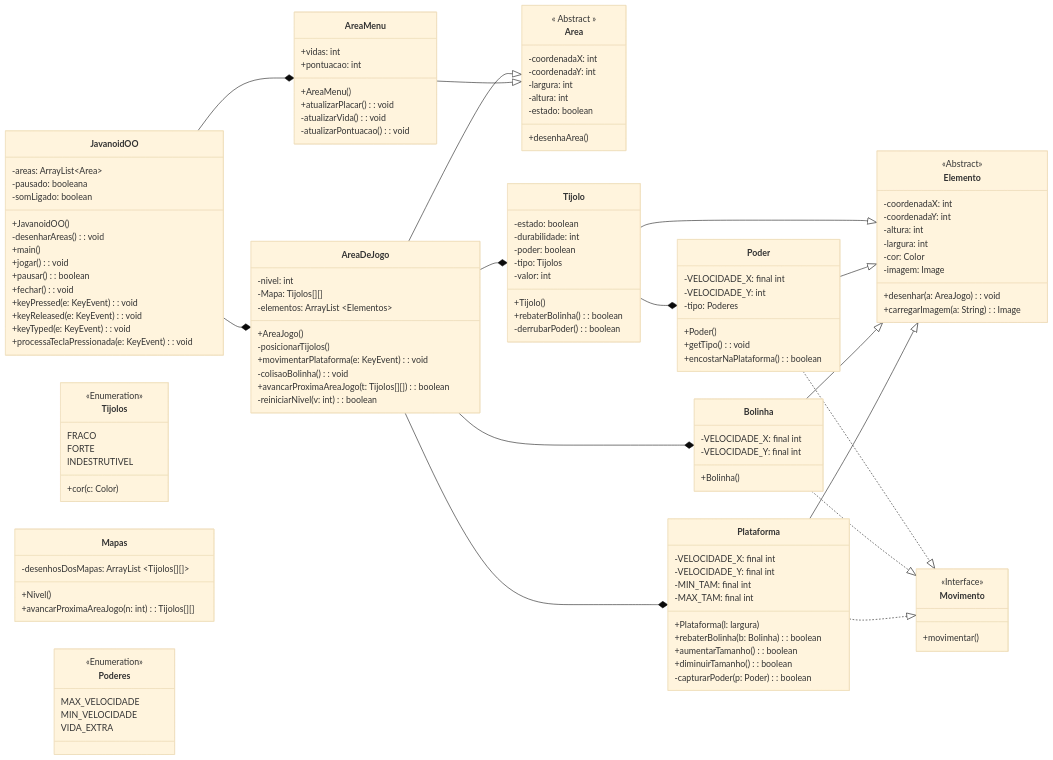
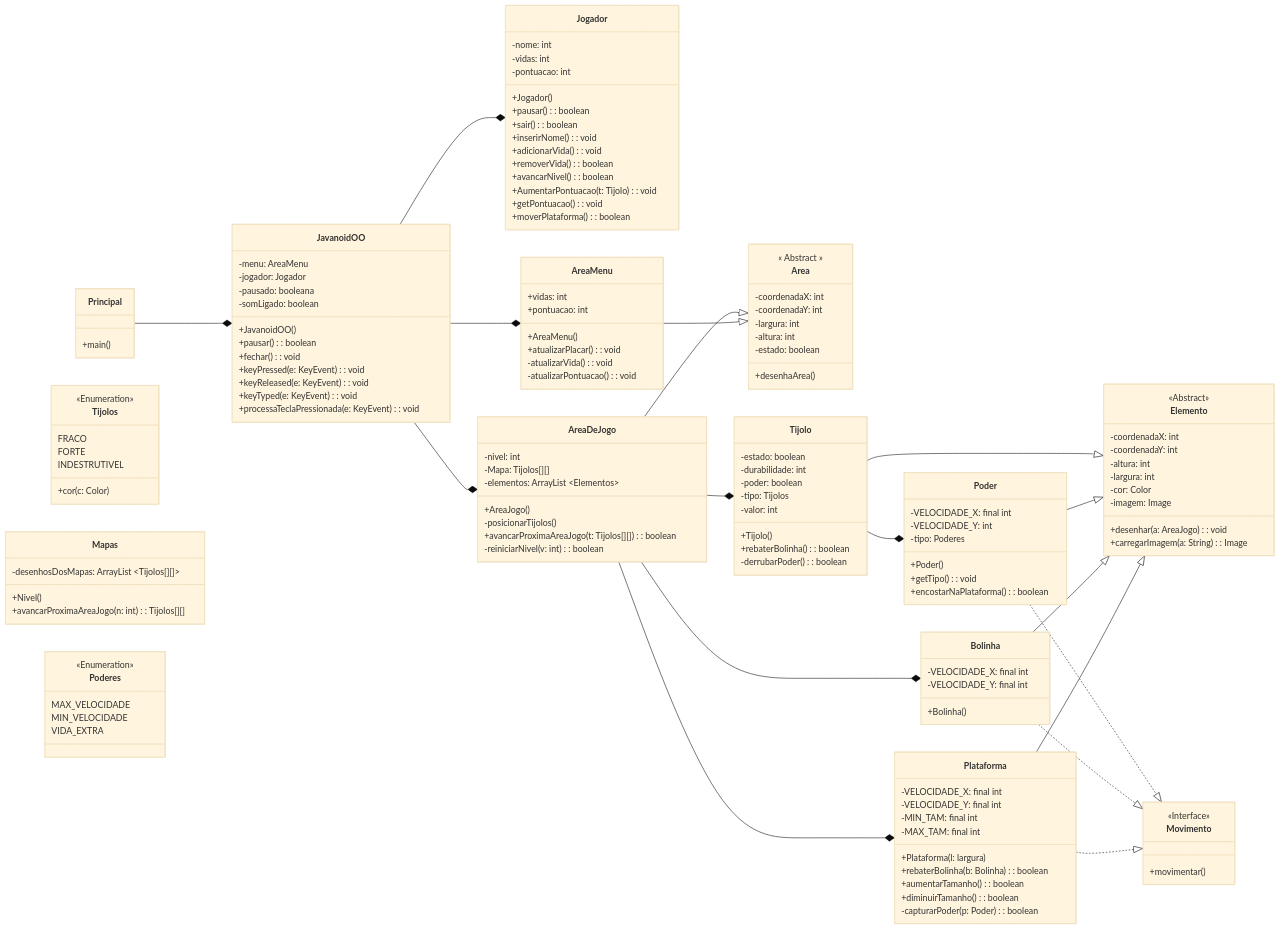
Before and after one commit to luizakuze/POO: the diagram in proj-02/diagrama3.md, drawn with Mermaid (base theme).

Commit message:
aaaaaaaaaaaaaaaaaaaa

````diff
--- a/proj-02/diagrama3.md
+++ b/proj-02/diagrama3.md
@@ -2,15 +2,32 @@
 classDiagram
     direction LR
 
+    class Principal {
+        +main()
+    }
+
+    class Jogador {
+        -nome: int
+        -vidas: int
+        -pontuacao: int
+        +Jogador()
+        +pausar() : boolean
+        +sair() : boolean
+        +inserirNome() : void
+        +adicionarVida() : void
+        +removerVida() : boolean
+        +avancarNivel() : boolean
+        +AumentarPontuacao(t: Tijolo) : void
+        +getPontuacao() : void
+        +moverPlataforma(): boolean
+    }
 
     class JavanoidOO {
-        -areas: ArrayList~Area~
+        -menu: AreaMenu
+        -jogador: Jogador
         -pausado: booleana
         -somLigado: boolean
         +JavanoidOO()
-        -desenharAreas(): void
-        +main()
-        +jogar(): void
         +pausar(): boolean
         +fechar(): void
         +keyPressed(e: KeyEvent): void
@@ -21,14 +38,10 @@
 
     class AreaDeJogo {
         -nivel: int
-
         -Mapa: Tijolos[][]
         -elementos: ArrayList ~Elementos~
         +AreaJogo()
         -posicionarTijolos()
-        +movimentarPlataforma(e: KeyEvent): void
-        -colisaoBolinha(): void
-
         +avancarProximaAreaJogo(t: Tijolos[][]): boolean
         -reiniciarNivel(v: int): boolean
     }
@@ -144,8 +157,12 @@
 
     JavanoidOO --* AreaDeJogo
     JavanoidOO --* AreaMenu
+    JavanoidOO --* Jogador
 
     AreaDeJogo --|> Area 
     AreaMenu --|> Area 
 
+    Principal --* JavanoidOO
+    
+
 ```
````
